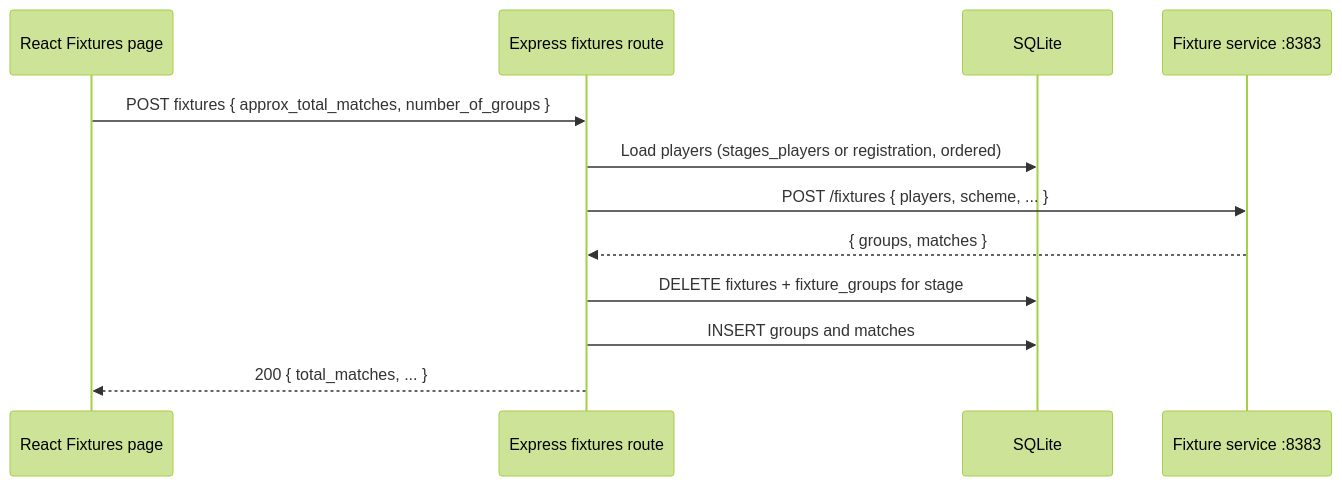
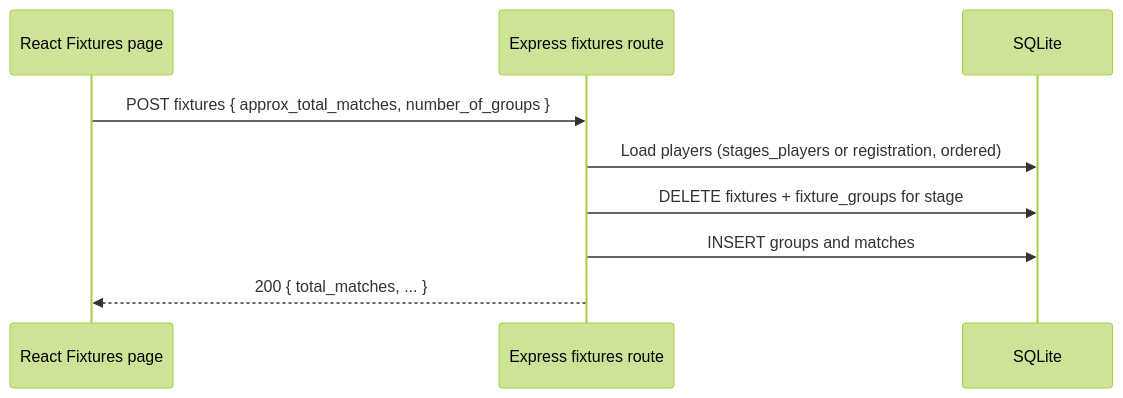
Before and after one commit to rsmoorthy/ttt: the second of 2 diagrams in docs/ARCHITECTURE.md, drawn with Mermaid (forest theme). The commit also changed other lines of this file and 227 other files, not shown here.

````diff
--- a/docs/ARCHITECTURE.md
+++ b/docs/ARCHITECTURE.md
@@ -242,15 +242,12 @@
 ```mermaid
 sequenceDiagram
   participant UI as React Fixtures page
   participant API as Express fixtures route
   participant DB as SQLite
-  participant Ext as Fixture service :8383
 
   UI->>API: POST fixtures { approx_total_matches, number_of_groups }
   API->>DB: Load players (stages_players or registration, ordered)
-  API->>Ext: POST /fixtures { players, scheme, ... }
-  Ext-->>API: { groups, matches }
   API->>DB: DELETE fixtures + fixture_groups for stage
   API->>DB: INSERT groups and matches
   API-->>UI: 200 { total_matches, ... }
 ```
````
